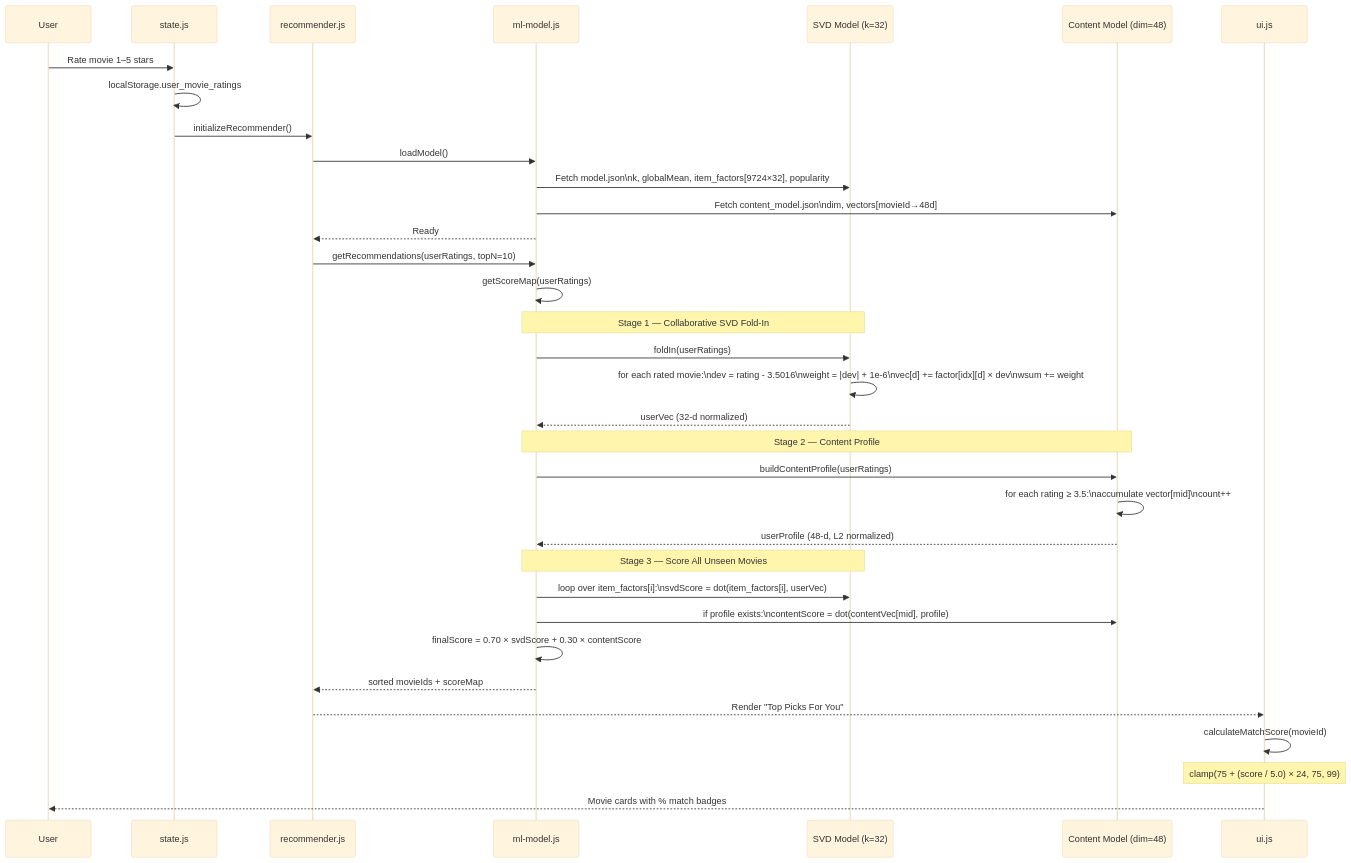
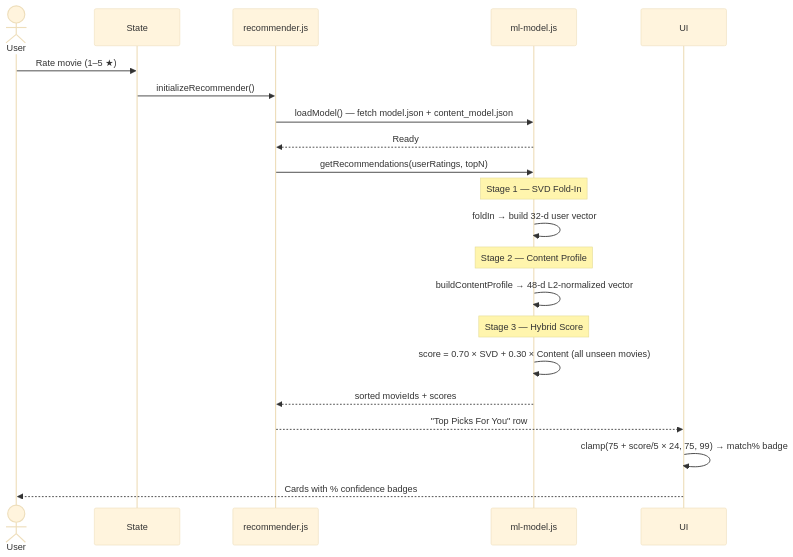
The third of 10 diagrams in README.md (4-thkind/Movie-Recommendation-Model), drawn with Mermaid (base theme) before and after one commit. The commit also changed other lines of this file, not shown here.

````diff
--- a/README.md
+++ b/README.md
@@ -209,41 +147,28 @@
 ```mermaid
 sequenceDiagram
-    participant User
-    participant State as state.js
+    actor User
+    participant State
     participant Rec as recommender.js
     participant ML as ml-model.js
-    participant SVD as SVD Model (k=32)
-    participant Content as Content Model (dim=48)
-    participant UI as ui.js
+    participant UI
 
-    User->>State: Rate movie 1–5 stars
-    State->>State: localStorage.user_movie_ratings
+    User->>State: Rate movie (1–5 ★)
     State->>Rec: initializeRecommender()
-    Rec->>ML: loadModel()
-    ML->>SVD: Fetch model.json\nk, globalMean, item_factors[9724×32], popularity
-    ML->>Content: Fetch content_model.json\ndim, vectors[movieId→48d]
+    Rec->>ML: loadModel() — fetch model.json + content_model.json
     ML-->>Rec: Ready
-    Rec->>ML: getRecommendations(userRatings, topN=10)
-    ML->>ML: getScoreMap(userRatings)
+    Rec->>ML: getRecommendations(userRatings, topN)
 
-    Note over ML,SVD: Stage 1 — Collaborative SVD Fold-In
-    ML->>SVD: foldIn(userRatings)
-    SVD->>SVD: for each rated movie:\ndev = rating - 3.5016\nweight = |dev| + 1e-6\nvec[d] += factor[idx][d] × dev\nwsum += weight
-    SVD-->>ML: userVec (32-d normalized)
+    Note over ML: Stage 1 — SVD Fold-In
+    ML->>ML: foldIn → build 32-d user vector
 
-    Note over ML,Content: Stage 2 — Content Profile
-    ML->>Content: buildContentProfile(userRatings)
-    Content->>Content: for each rating ≥ 3.5:\naccumulate vector[mid]\ncount++
-    Content-->>ML: userProfile (48-d, L2 normalized)
+    Note over ML: Stage 2 — Content Profile
+    ML->>ML: buildContentProfile → 48-d L2-normalized vector
 
-    Note over ML,SVD: Stage 3 — Score All Unseen Movies
-    ML->>SVD: loop over item_factors[i]:\nsvdScore = dot(item_factors[i], userVec)
-    ML->>Content: if profile exists:\ncontentScore = dot(contentVec[mid], profile)
-    ML->>ML: finalScore = 0.70 × svdScore + 0.30 × contentScore
+    Note over ML: Stage 3 — Hybrid Score
+    ML->>ML: score = 0.70 × SVD + 0.30 × Content (all unseen movies)
 
-    ML-->>Rec: sorted movieIds + scoreMap
-    Rec-->>UI: Render "Top Picks For You"
-    UI->>UI: calculateMatchScore(movieId)
-    Note over UI: clamp(75 + (score / 5.0) × 24, 75, 99)
-    UI-->>User: Movie cards with % match badges
+    ML-->>Rec: sorted movieIds + scores
+    Rec-->>UI: "Top Picks For You" row
+    UI->>UI: clamp(75 + score/5 × 24, 75, 99) → match% badge
+    UI-->>User: Cards with % confidence badges
 ```
````
